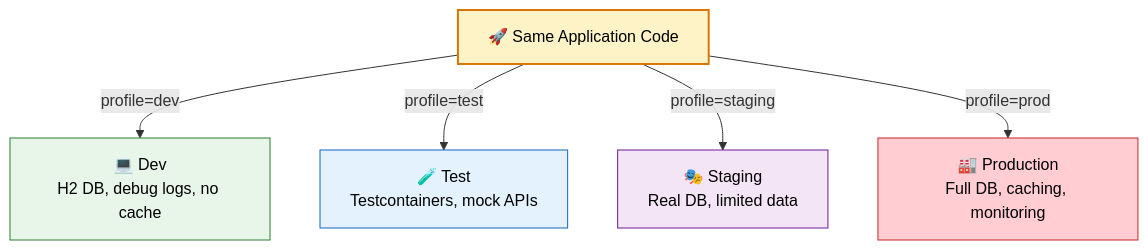
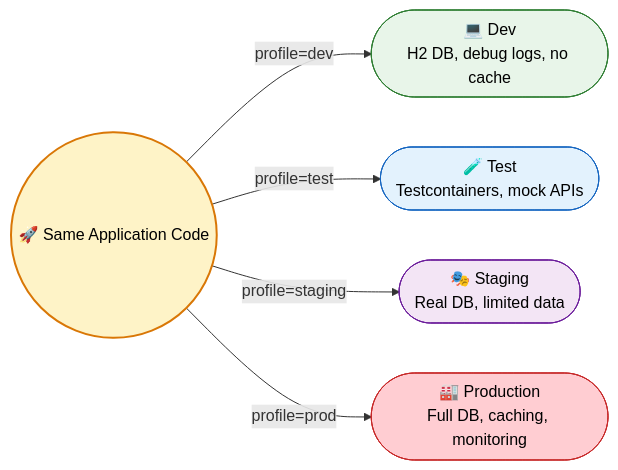
The first of 2 diagrams in docs/springboot/profiles.md (saivamsikaruturi/vamsilabs-dev-notes-main), drawn with Mermaid before and after one commit. The commit also changed other lines of this file and 146 other files, not shown here.

Commit message:
Horizontal diagrams, UML class diagrams, typography overhaul, and permalink cleanup

````diff
--- a/docs/springboot/profiles.md
+++ b/docs/springboot/profiles.md
@@ -10,14 +11,14 @@
 ```mermaid
-flowchart TD
-    App["🚀 Same Application Code"]
-    App -->|"profile=dev"| Dev["💻 Dev<br/>H2 DB, debug logs, no cache"]
-    App -->|"profile=test"| Test["🧪 Test<br/>Testcontainers, mock APIs"]
-    App -->|"profile=staging"| Stg["🎭 Staging<br/>Real DB, limited data"]
-    App -->|"profile=prod"| Prod["🏭 Production<br/>Full DB, caching, monitoring"]
+flowchart LR
+    App(("🚀 Same Application Code"))
+    App -->|"profile=dev"| Dev(["💻 Dev<br/>H2 DB, debug logs, no cache"])
+    App -->|"profile=test"| Test(["🧪 Test<br/>Testcontainers, mock APIs"])
+    App -->|"profile=staging"| Stg(["🎭 Staging<br/>Real DB, limited data"])
+    App -->|"profile=prod"| Prod(["🏭 Production<br/>Full DB, caching, monitoring"])
 
     style App fill:#FEF3C7,stroke:#D97706,stroke-width:2px,color:#000
     style Dev fill:#E8F5E9,stroke:#2E7D32,color:#000
     style Test fill:#E3F2FD,stroke:#1565C0,color:#000
     style Stg fill:#F3E5F5,stroke:#6A1B9A,color:#000
     style Prod fill:#FFCDD2,stroke:#C62828,color:#000
 ```
````
